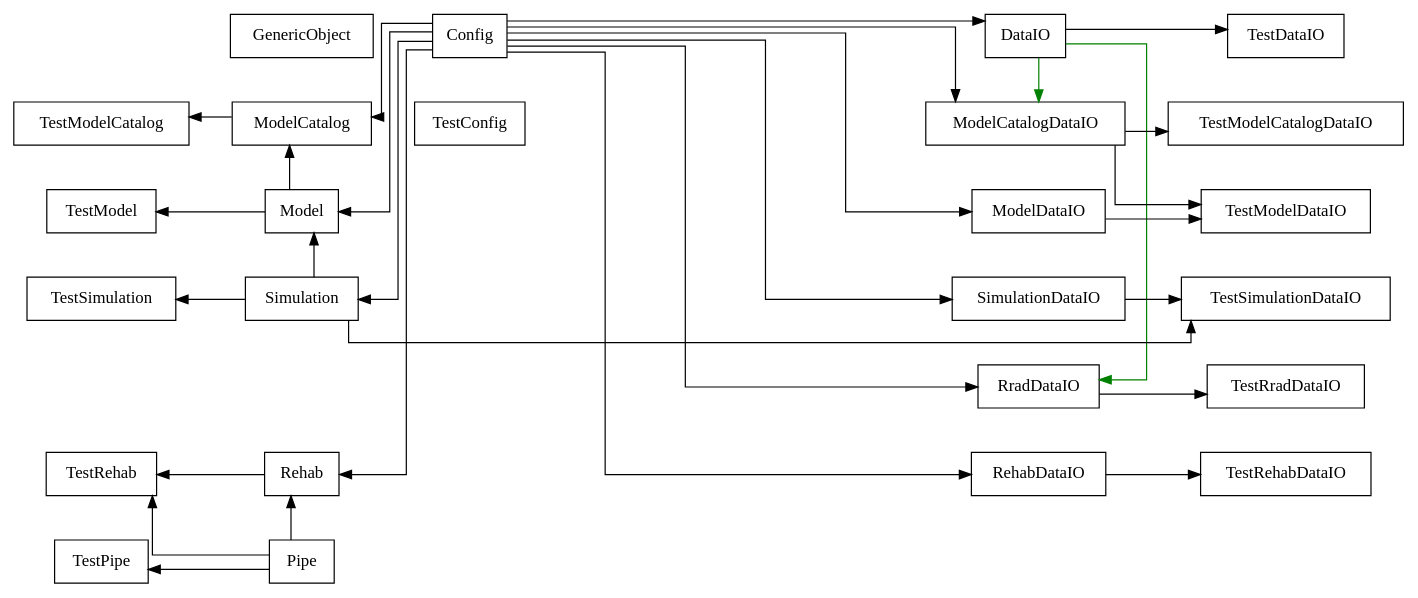
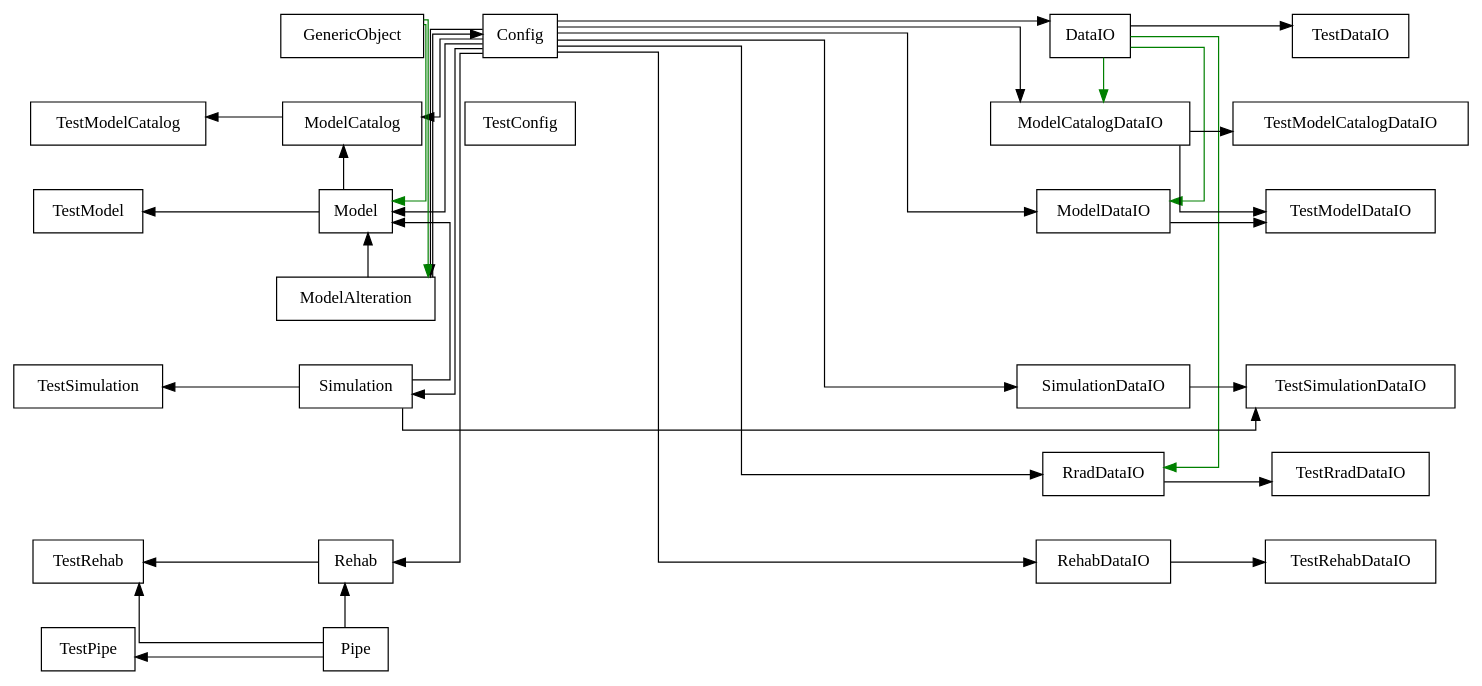
One commit to PDXBES/ModelCatalog changed the diagram in docs/Class_Diagram_Tool/names_only_finalMCatalog_RRAD.dot. Above: the diagram before and after it, drawn with Graphviz. The commit also changed 16 other files, not shown here.

Commit message:
added diagram stuff, fixed some failing tests

```diff
--- a/docs/Class_Diagram_Tool/names_only_finalMCatalog_RRAD.dot
+++ b/docs/Class_Diagram_Tool/names_only_finalMCatalog_RRAD.dot
@@ -1,79 +1,90 @@
 digraph "classes" {
 charset="utf-8"
 nodesep=0.5;
 rankdir="TB";
 edge [ constraint=False ];
 splines="ortho";
 "Config"[label= "Config" , shape="record"];
 "DataIO"[label= "DataIO" , shape="record"];
 "GenericObject"[label= "GenericObject" , shape="record"];
 "Model"[label= "Model" , shape="record"];
+"ModelAlteration"[label= "ModelAlteration" , shape="record"];
 "ModelCatalog"[label= "ModelCatalog" , shape="record"];
 "ModelCatalogDataIO"[label= "ModelCatalogDataIO" , shape="record"];
 "ModelDataIO"[label= "ModelDataIO" , shape="record"];
 "Pipe"[label= "Pipe" , shape="record"];
 "Rehab"[label= "Rehab" , shape="record"];
 "RehabDataIO"[label= "RehabDataIO" , shape="record"];
 "RradDataIO"[label= "RradDataIO" , shape="record"];
 "Simulation"[label= "Simulation" , shape="record"];
 "SimulationDataIO"[label= "SimulationDataIO" , shape="record"];
 "TestConfig"[label= "TestConfig" , shape="record"];
 "TestDataIO"[label= "TestDataIO" , shape="record"];
 "TestModel"[label= "TestModel" , shape="record"];
 "TestModelCatalog"[label= "TestModelCatalog" , shape="record"];
 "TestModelCatalogDataIO"[label= "TestModelCatalogDataIO" , shape="record"];
 "TestModelDataIO"[label= "TestModelDataIO" , shape="record"];
 "TestPipe"[label= "TestPipe" , shape="record"];
 "TestRehab"[label= "TestRehab" , shape="record"];
 "TestRehabDataIO"[label= "TestRehabDataIO" , shape="record"];
 "TestRradDataIO"[label= "TestRradDataIO" , shape="record"];
 "TestSimulation"[label= "TestSimulation" , shape="record"];
 "TestSimulationDataIO"[label= "TestSimulationDataIO" , shape="record"];
 
 "_d0" [label="_d0", shape="record" style=invis];
-"_d3" [label="_d3", shape="record" style=invis];
-"_d4" [label="_d4", shape="record" style=invis];
-"_d1" [label="_d1", shape="record" style=invis];
 "_d2" [label="_d2", shape="record" style=invis];
-"_d5" [label="_d5", shape="record" style=invis];
-"_d6" [label="_d6", shape="record" style=invis];
 "_d7" [label="_d7", shape="record" style=invis];
 "_d8" [label="_d8", shape="record" style=invis];
+"_d1" [label="_d1", shape="record" style=invis];
+"_d3" [label="_d3", shape="record" style=invis];
+"_d6" [label="_d6", shape="record" style=invis];
 "_d9" [label="_d9", shape="record" style=invis];
+"_d10" [label="_d10", shape="record" style=invis];
+"_d11" [label="_d11", shape="record" style=invis];
+"_d4" [label="_d4", shape="record" style=invis];
+"_d12" [label="_d12", shape="record" style=invis];
+"_d5" [label="_d5", shape="record" style=invis];
+"_d13" [label="_d13", shape="record" style=invis];
 
-{rank= tb "_d0"->"TestModelCatalog"->"TestModel"->"TestSimulation"->"_d3"->"TestRehab"->"TestPipe" [constraint=true style=invis]};
-{rank= tb "GenericObject"->"ModelCatalog"->"Model"->"Simulation"->"_d4"->"Rehab"->"Pipe" [constraint=true style=invis]};
-{rank= tb "Config"->"TestConfig"->"_d1"->"_d2"->"_d5"->"_d6"->"_d7" [constraint=true style=invis]};
-{rank= tb "DataIO"->"ModelCatalogDataIO"->"ModelDataIO"->"SimulationDataIO"->"RradDataIO"->"RehabDataIO"->"_d8" [constraint=true style=invis]};
-{rank= tb "TestDataIO"->"TestModelCatalogDataIO"->"TestModelDataIO"->"TestSimulationDataIO"->"TestRradDataIO"->"TestRehabDataIO"->"_d9" [constraint=true style=invis]};
+{rank= tb "_d0"->"TestModelCatalog"->"TestModel"->"_d2"->"TestSimulation"->"_d7"->"TestRehab"->"TestPipe" [constraint=true style=invis]};
+{rank= tb "GenericObject"->"ModelCatalog"->"Model"->"ModelAlteration"->"Simulation"->"_d8"->"Rehab"->"Pipe" [constraint=true style=invis]};
+{rank= tb "Config"->"TestConfig"->"_d1"->"_d3"->"_d6"->"_d9"->"_d10"->"_d11" [constraint=true style=invis]};
+{rank= tb "DataIO"->"ModelCatalogDataIO"->"ModelDataIO"->"_d4"->"SimulationDataIO"->"RradDataIO"->"RehabDataIO"->"_d12" [constraint=true style=invis]};
+{rank= tb "TestDataIO"->"TestModelCatalogDataIO"->"TestModelDataIO"->"_d5"->"TestSimulationDataIO"->"TestRradDataIO"->"TestRehabDataIO"->"_d13" [constraint=true style=invis]};
 {rank= same TestModelCatalog->ModelCatalog->TestConfig->ModelCatalogDataIO->TestModelCatalogDataIO [constraint=True style=invis]};
+"ModelAlteration"->"Config";
 "Config"->"DataIO";
 "DataIO"->"TestDataIO";
 "ModelCatalog"->"TestModelCatalog";
 "Config"->"ModelCatalog";
 "Model"->"ModelCatalog";
 "Config"->"ModelCatalogDataIO";
 "ModelCatalogDataIO"->"TestModelCatalogDataIO";
 "Model"->"TestModel";
 "Config"->"Model";
+"ModelAlteration"->"Model";
 "Simulation"->"Model";
 "Config"->"ModelDataIO";
 "ModelCatalogDataIO"->"TestModelDataIO";
 "ModelDataIO"->"TestModelDataIO";
+"Config"->"ModelAlteration";
 "Simulation"->"TestSimulation";
 "Config"->"Simulation";
 "Config"->"SimulationDataIO";
 "Simulation"->"TestSimulationDataIO";
 "SimulationDataIO"->"TestSimulationDataIO";
 "Config"->"RradDataIO";
 "RradDataIO"->"TestRradDataIO";
 "Rehab"->"TestRehab";
 "Pipe"->"TestRehab";
 "Config"->"Rehab";
 "Pipe"->"Rehab";
 "Config"->"RehabDataIO";
 "RehabDataIO"->"TestRehabDataIO";
 "Pipe"->"TestPipe";
 "DataIO"->"ModelCatalogDataIO" [color="green"];
+"GenericObject"->"Model" [color="green"];
+"DataIO"->"ModelDataIO" [color="green"];
+"GenericObject"->"ModelAlteration" [color="green"];
 "DataIO"->"RradDataIO" [color="green"];
 }
```
